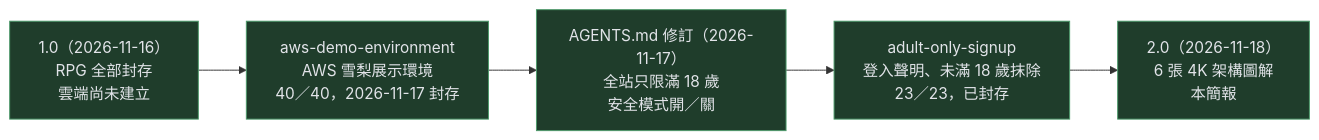
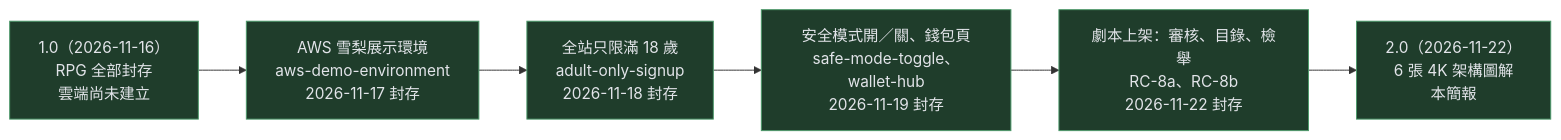
The first of 18 diagrams in docs/2.0簡報.md (pp466pp466/R.A.C), drawn with Mermaid before and after one commit. The commit also changed other lines of this file and 10 other files, not shown here.

````diff
--- a/docs/2.0簡報.md
+++ b/docs/2.0簡報.md
@@ -45,9 +45,10 @@
 ```mermaid
 flowchart LR
-    A["1.0（2026-11-16）<br/>RPG 全部封存<br/>雲端尚未建立"]:::done --> B["aws-demo-environment<br/>AWS 雪梨展示環境<br/>40／40，2026-11-17 封存"]:::done
-    B --> C["AGENTS.md 修訂（2026-11-17）<br/>全站只限滿 18 歲<br/>安全模式開／關"]:::done
-    C --> D["adult-only-signup<br/>登入聲明、未滿 18 歲抹除<br/>23／23，已封存"]:::done
-    D --> E["2.0（2026-11-18）<br/>6 張 4K 架構圖解<br/>本簡報"]:::done
+    A["1.0（2026-11-16）<br/>RPG 全部封存<br/>雲端尚未建立"]:::done --> B["AWS 雪梨展示環境<br/>aws-demo-environment<br/>2026-11-17 封存"]:::done
+    B --> C["全站只限滿 18 歲<br/>adult-only-signup<br/>2026-11-18 封存"]:::done
+    C --> D["安全模式開／關、錢包頁<br/>safe-mode-toggle、wallet-hub<br/>2026-11-19 封存"]:::done
+    D --> E["劇本上架：審核、目錄、檢舉<br/>RC-8a、RC-8b<br/>2026-11-22 封存"]:::done
+    E --> F["2.0（2026-11-22）<br/>6 張 4K 架構圖解<br/>本簡報"]:::done
     classDef done fill:#1f3d2b,stroke:#4c9a6a,color:#e2e4e9
     classDef active fill:#3d2f1f,stroke:#ff6b35,color:#e2e4e9
 ```
````
